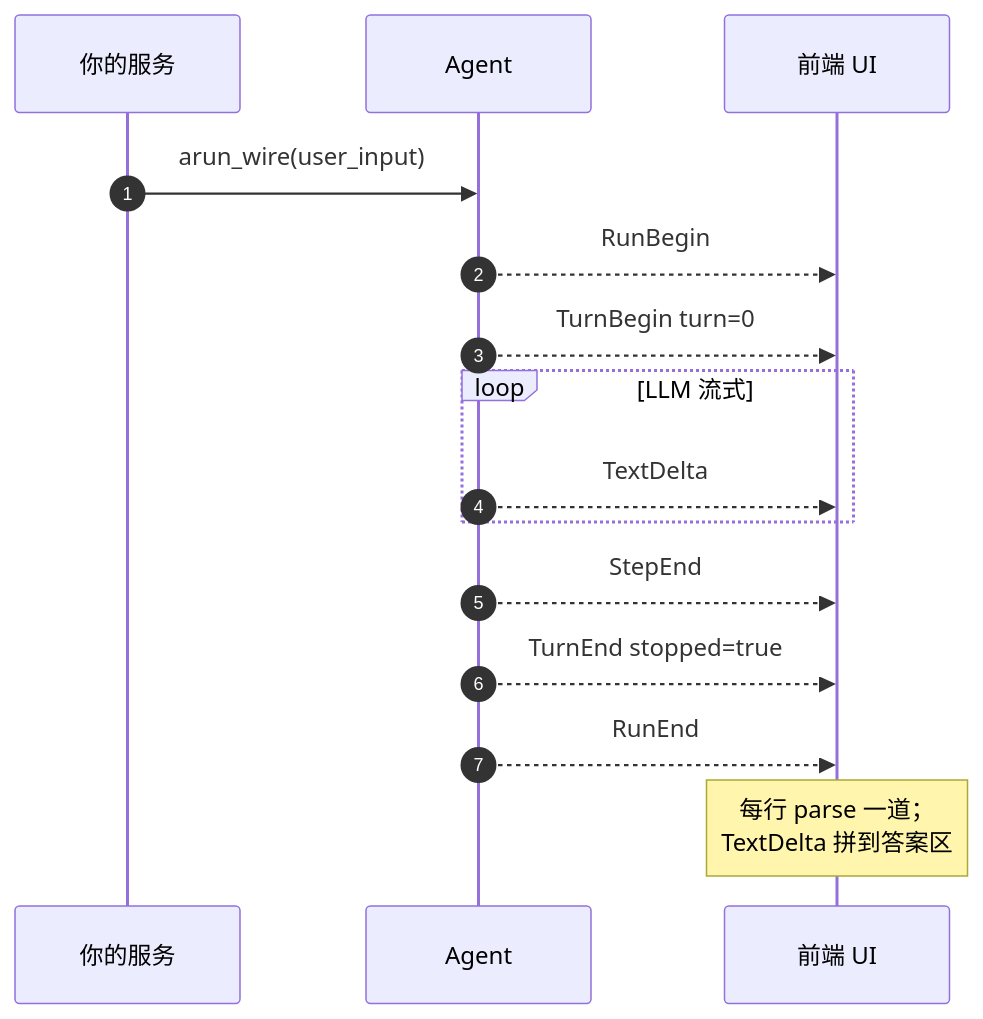
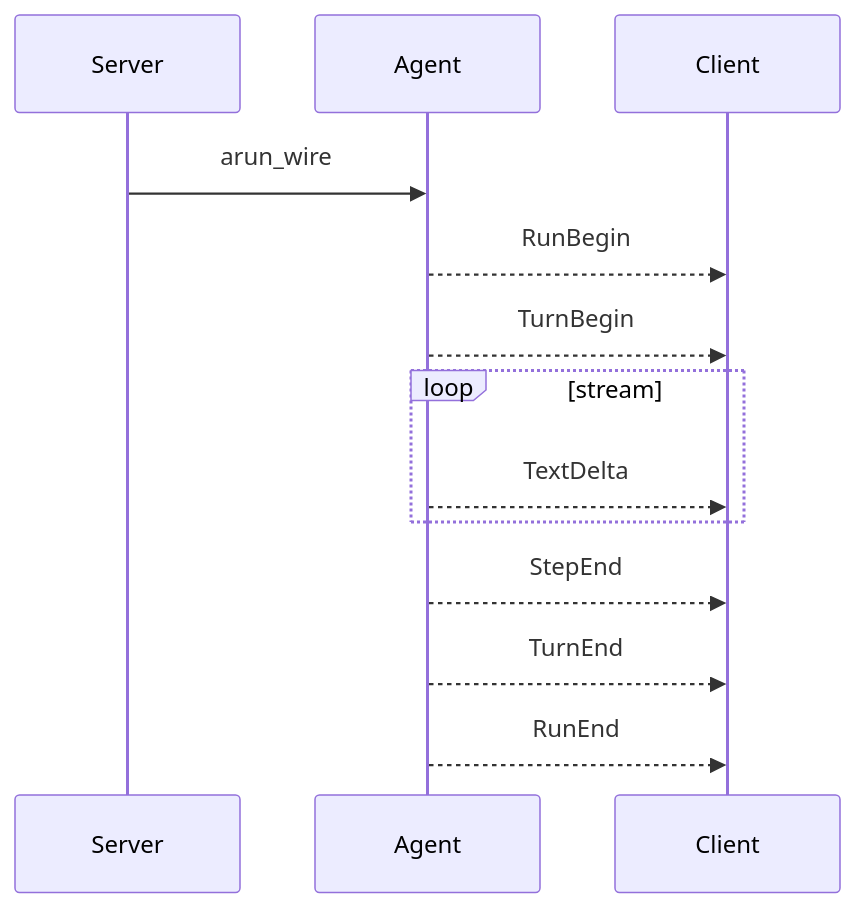
The third of 4 diagrams in docs/sc/wire.md (Mayerxjchen/ElectroMind), drawn with Mermaid before and after one commit. The commit also changed other lines of this file and 23 other files, not shown here.

First line of the commit message:
docs: add Mermaid diagrams and fix rendering

````diff
--- a/docs/sc/wire.md
+++ b/docs/sc/wire.md
@@ -60,18 +38,16 @@
 ```mermaid
 sequenceDiagram
-  autonumber
-  participant App as 你的服务
-  participant Agent as Agent
-  participant Client as 前端 UI
+  participant App as Server
+  participant Agent
+  participant Client
 
-  App->>Agent: arun_wire(user_input)
+  App->>Agent: arun_wire
   Agent-->>Client: RunBegin
-  Agent-->>Client: TurnBegin turn=0
-  loop LLM 流式
+  Agent-->>Client: TurnBegin
+  loop stream
     Agent-->>Client: TextDelta
   end
   Agent-->>Client: StepEnd
-  Agent-->>Client: TurnEnd stopped=true
+  Agent-->>Client: TurnEnd
   Agent-->>Client: RunEnd
-  Note over Client: 每行 parse 一道；<br/>TextDelta 拼到答案区
 ```
````
